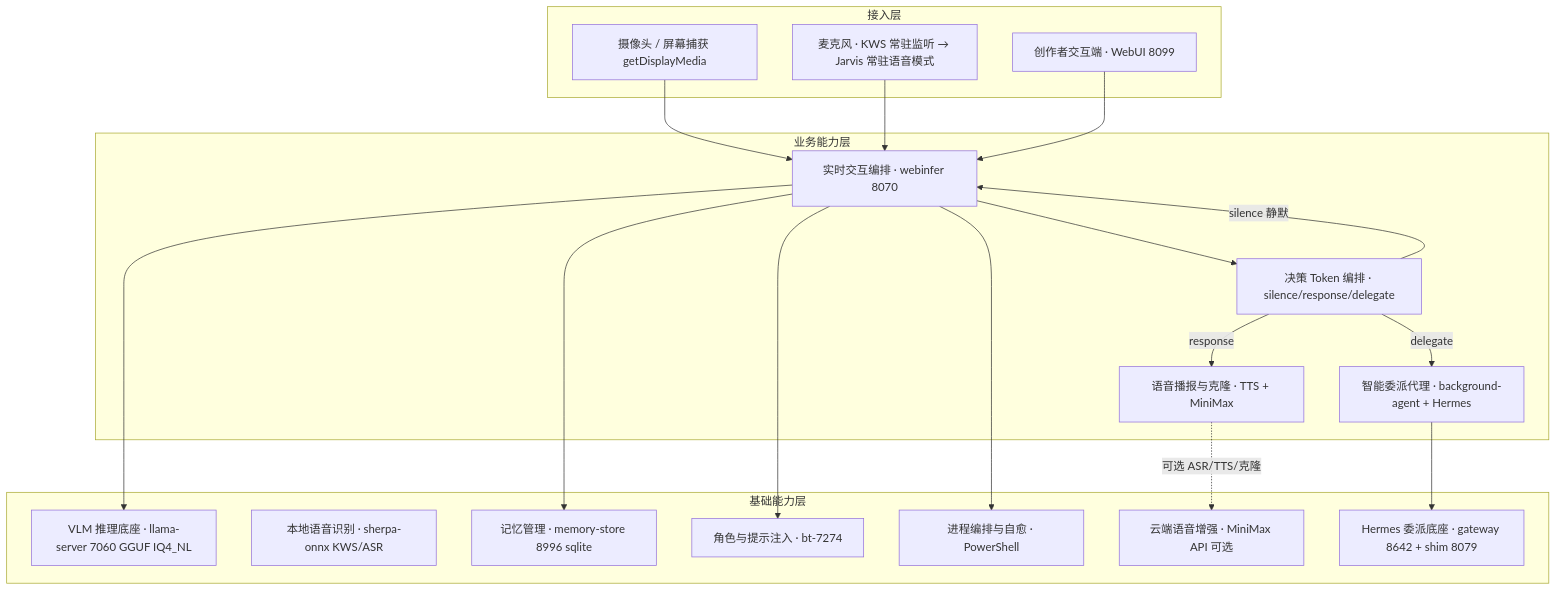
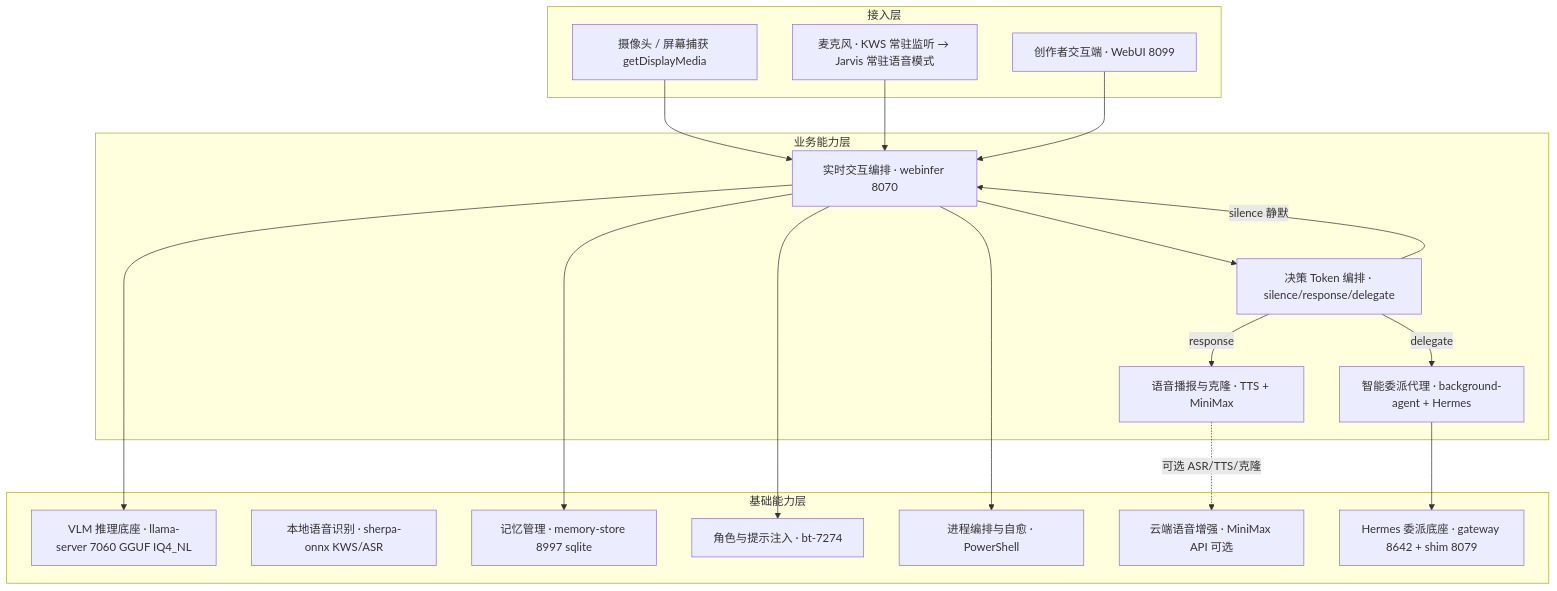
One commit to kuhaku9527/JoyAI-VL-Interaction changed the diagram in ARCHITECTURE.md. Above: the diagram before and after it, drawn with Mermaid. The commit also changed other lines of this file, not shown here.

First line of the commit message:
docs(architecture): sync ARCHITECTURE.md with SSOT, fix drift

````diff
--- a/ARCHITECTURE.md
+++ b/ARCHITECTURE.md
@@ -15,36 +17,36 @@
 ```mermaid
 flowchart TB
     subgraph 接入层
         U1[创作者交互端 · WebUI 8099]
         U2[摄像头 / 屏幕捕获 getDisplayMedia]
         U3[麦克风 · KWS 常驻监听 → Jarvis 常驻语音模式]
     end
     subgraph 业务能力层
         M1[实时交互编排 · webinfer 8070]
         M2[决策 Token 编排 · silence/response/delegate]
         M3[语音播报与克隆 · TTS + MiniMax]
         M4[智能委派代理 · background-agent + Hermes]
     end
     subgraph 基础能力层
         B1[VLM 推理底座 · llama-server 7060 GGUF IQ4_NL]
         B2[本地语音识别 · sherpa-onnx KWS/ASR]
-        B3[记忆管理 · memory-store 8996 sqlite]
+        B3[记忆管理 · memory-store 8997 sqlite]
         B4[角色与提示注入 · bt-7274]
         B5[进程编排与自愈 · PowerShell]
         B6[云端语音增强 · MiniMax API 可选]
         B7[Hermes 委派底座 · gateway 8642 + shim 8079]
     end
     U2 --> M1
     U3 --> M1
     U1 --> M1
     M1 --> M2
     M2 -->|response| M3
     M2 -->|silence 静默| M1
     M2 -->|delegate| M4
     M1 --> B1
     M1 --> B3
     M1 --> B4
     M1 --> B5
     M4 --> B7
     M3 -.->|可选 ASR/TTS/克隆| B6
 ```
````
